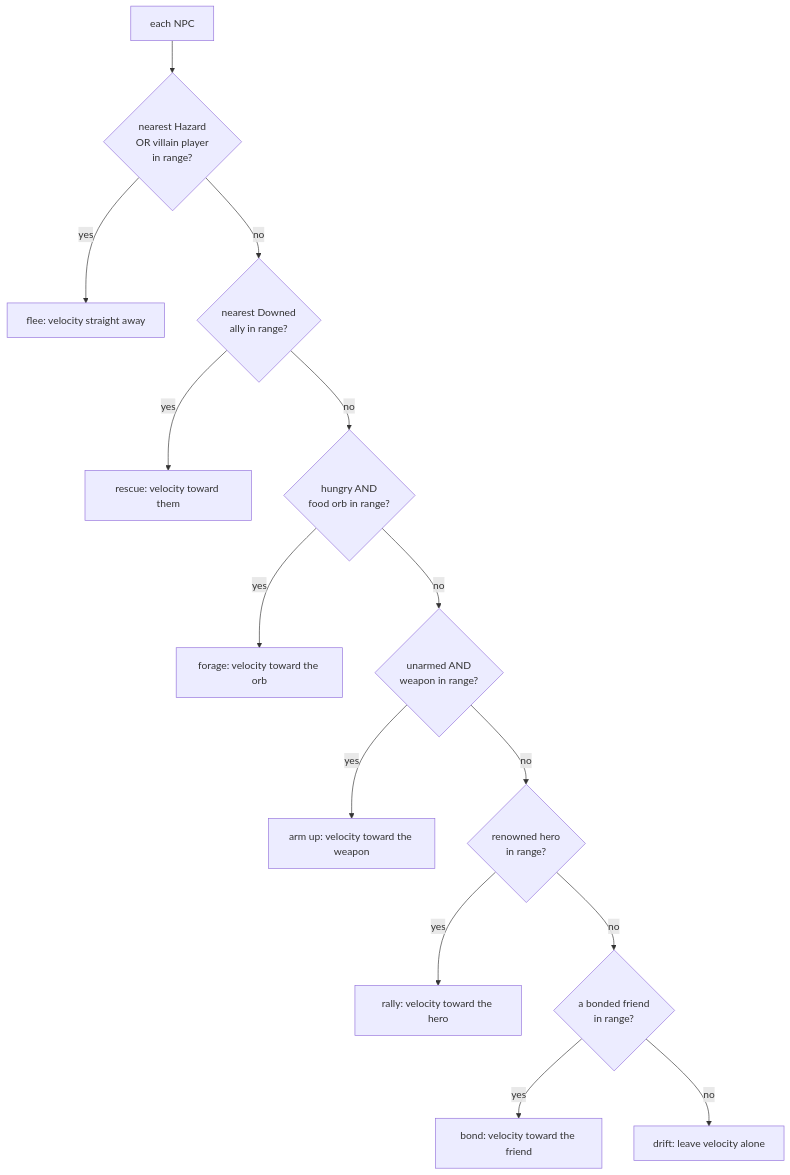
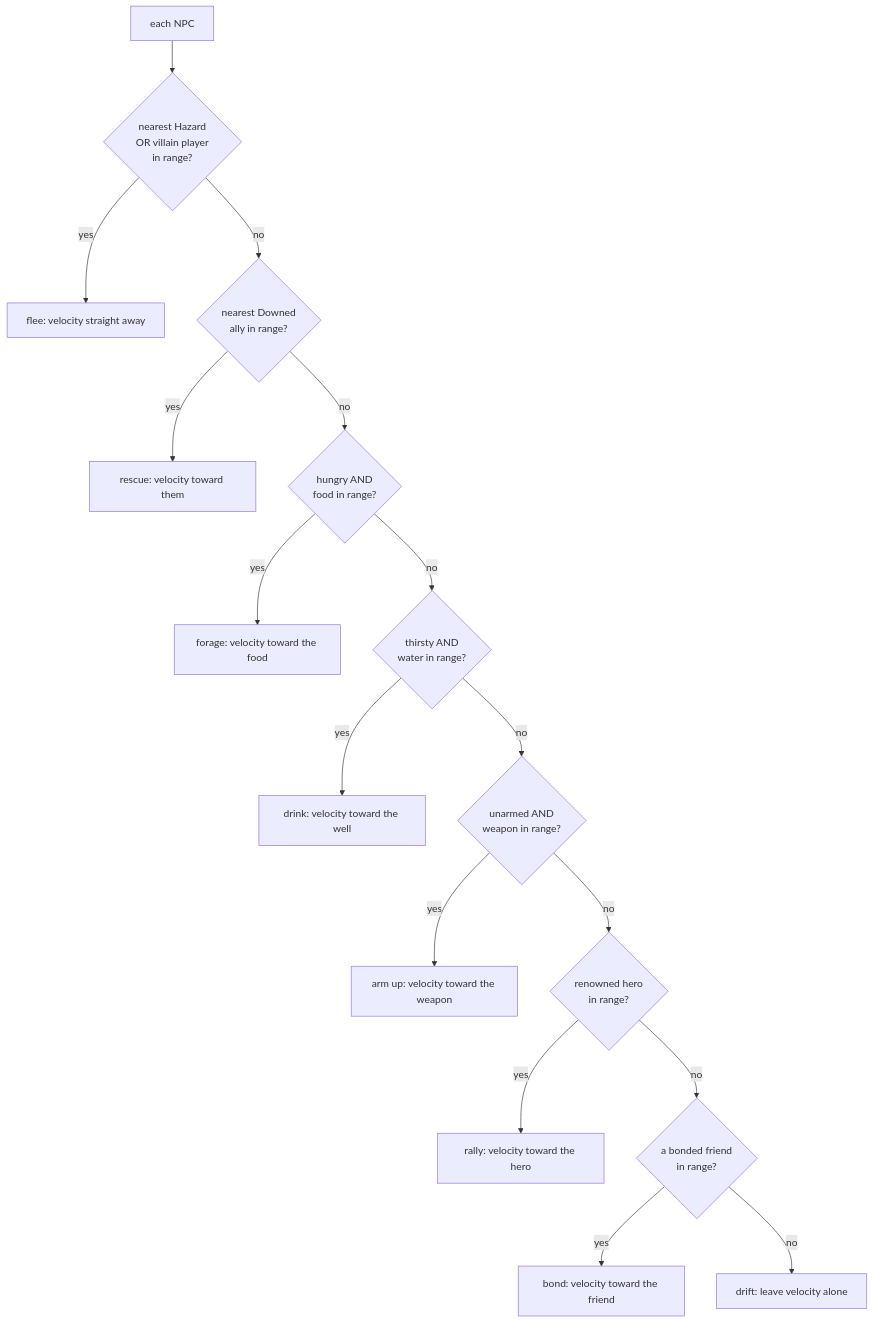
One commit to IsItJeff/game-engine changed the diagram in docs/engine/npc-behaviour.md. Above: the diagram before and after it, drawn with Mermaid. The commit also changed other lines of this file and 2 other files, not shown here.

````diff
--- a/docs/engine/npc-behaviour.md
+++ b/docs/engine/npc-behaviour.md
@@ -40,16 +40,18 @@
 ```mermaid
 flowchart TD
   npc[each NPC] --> haz{nearest Hazard<br/>OR villain player<br/>in range?}
   haz -->|yes| flee[flee: velocity straight away]
   haz -->|no| dwn{nearest Downed<br/>ally in range?}
   dwn -->|yes| rescue[rescue: velocity toward them]
-  dwn -->|no| hun{hungry AND<br/>food orb in range?}
-  hun -->|yes| forage[forage: velocity toward the orb]
-  hun -->|no| arm{unarmed AND<br/>weapon in range?}
+  dwn -->|no| hun{hungry AND<br/>food in range?}
+  hun -->|yes| forage[forage: velocity toward the food]
+  hun -->|no| thi{thirsty AND<br/>water in range?}
+  thi -->|yes| drink[drink: velocity toward the well]
+  thi -->|no| arm{unarmed AND<br/>weapon in range?}
   arm -->|yes| seek[arm up: velocity toward the weapon]
   arm -->|no| rally{renowned hero<br/>in range?}
   rally -->|yes| gather[rally: velocity toward the hero]
   rally -->|no| bond{a bonded friend<br/>in range?}
   bond -->|yes| gathb[bond: velocity toward the friend]
   bond -->|no| drift[drift: leave velocity alone]
 ```
````
